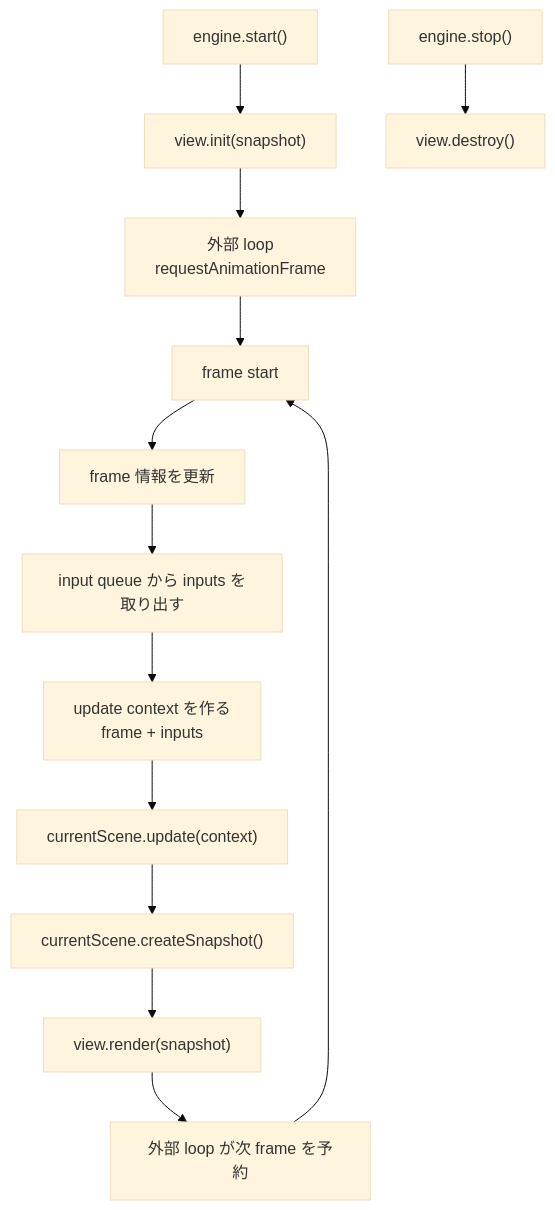
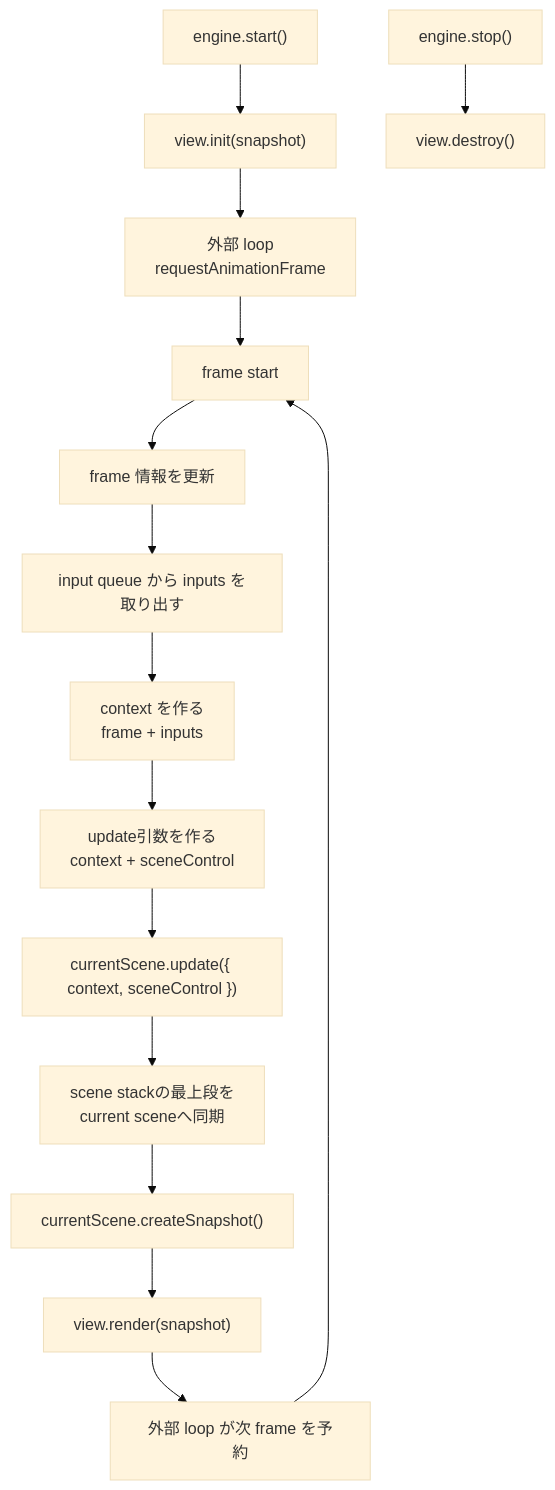
One commit to hachimitu22/negima-festival changed the first of 2 diagrams in docs/エンジン.md. Above: the diagram before and after it, drawn with Mermaid (base theme). The commit also changed other lines of this file and 11 other files, not shown here.

````diff
--- a/docs/エンジン.md
+++ b/docs/エンジン.md
@@ -80,23 +117,25 @@
 ```mermaid
 flowchart TD
   Start["engine.start()"]
   InitView["view.init(snapshot)"]
   RequestFrame["外部 loop<br/>requestAnimationFrame"]
 
   FrameStart["frame start"]
   UpdateFrame["frame 情報を更新"]
   DrainInput["input queue から inputs を取り出す"]
-  CreateContext["update context を作る<br/>frame + inputs"]
-  UpdateScene["currentScene.update(context)"]
+  CreateContext["context を作る<br/>frame + inputs"]
+  CreateUpdateArgs["update引数を作る<br/>context + sceneControl"]
+  UpdateScene["currentScene.update({ context, sceneControl })"]
+  SyncCurrentScene["scene stackの最上段を<br/>current sceneへ同期"]
   CreateSnapshot["currentScene.createSnapshot()"]
   RenderView["view.render(snapshot)"]
   NextFrame["外部 loop が次 frame を予約"]
 
   Stop["engine.stop()"]
   DestroyView["view.destroy()"]
 
   Start --> InitView --> RequestFrame --> FrameStart
-  FrameStart --> UpdateFrame --> DrainInput --> CreateContext --> UpdateScene --> CreateSnapshot --> RenderView --> NextFrame --> FrameStart
+  FrameStart --> UpdateFrame --> DrainInput --> CreateContext --> CreateUpdateArgs --> UpdateScene --> SyncCurrentScene --> CreateSnapshot --> RenderView --> NextFrame --> FrameStart
 
   Stop --> DestroyView
 ```
````
